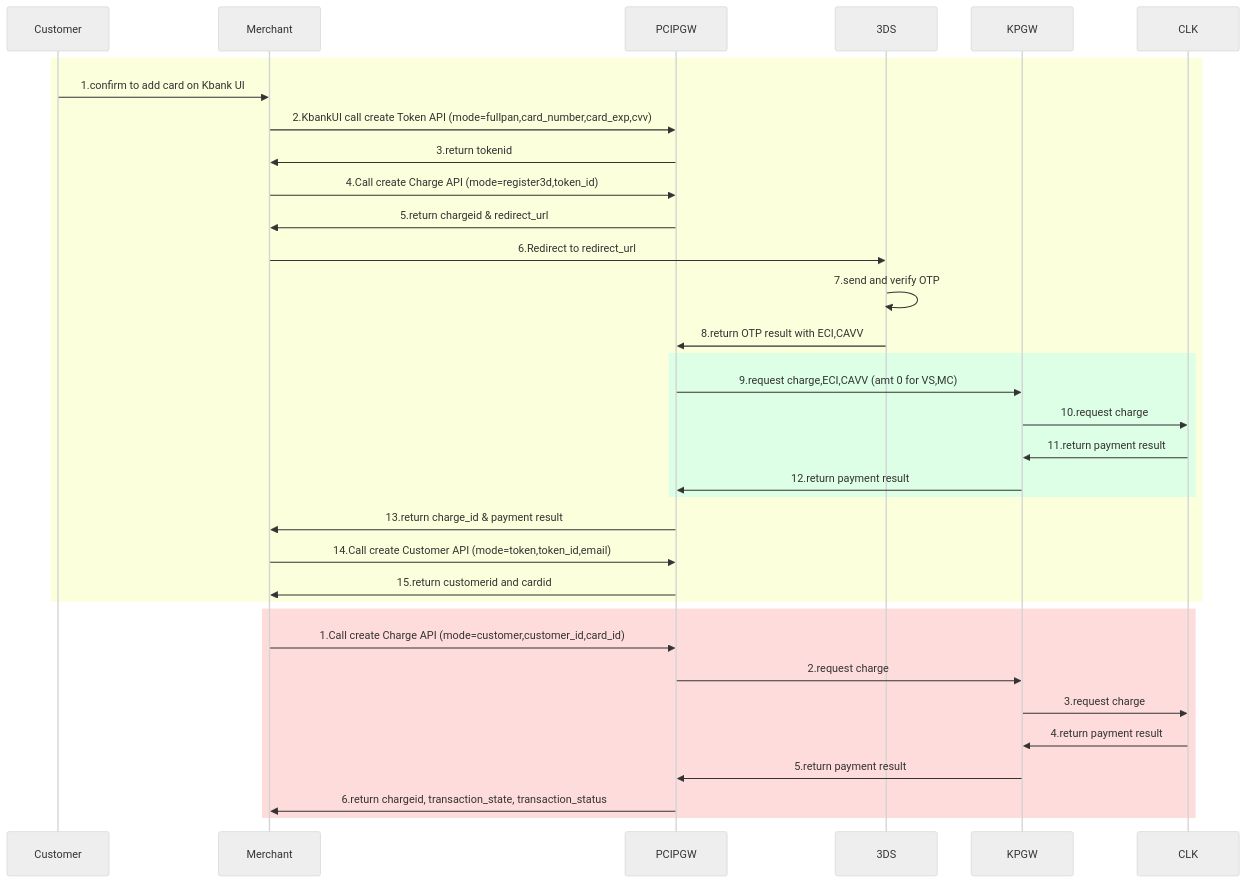
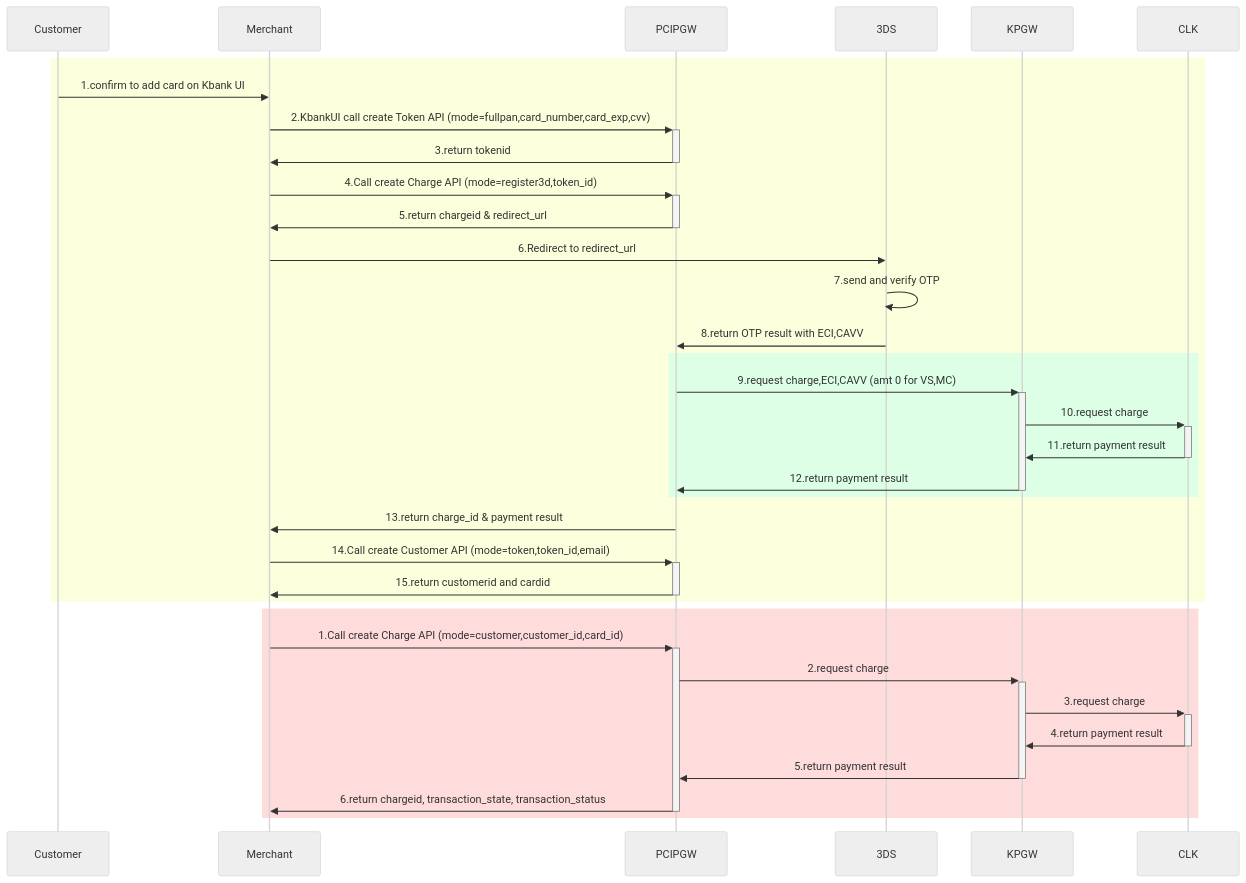
One commit to yuusuke25/MyNotes changed the third of 6 diagrams in Cybs-Ph2-Flow1.md. Above: the diagram before and after it, drawn with Mermaid (neutral theme). The commit also changed other lines of this file, not shown here.

````diff
--- a/Cybs-Ph2-Flow1.md
+++ b/Cybs-Ph2-Flow1.md
@@ -78,36 +78,36 @@
 ```mermaid
     sequenceDiagram
         rect rgb(252, 255, 220)
             Customer->>Merchant:1.confirm to add card on Kbank UI
-            Merchant->>PCIPGW:2.KbankUI call create Token API (mode=fullpan,card_number,card_exp,cvv)
-            PCIPGW->>Merchant:3.return tokenid
+            Merchant->>+PCIPGW:2.KbankUI call create Token API (mode=fullpan,card_number,card_exp,cvv)
+            PCIPGW->>-Merchant:3.return tokenid
 
-            Merchant->>PCIPGW:4.Call create Charge API (mode=register3d,token_id)
-            PCIPGW->>Merchant:5.return chargeid & redirect_url
+            Merchant->>+PCIPGW:4.Call create Charge API (mode=register3d,token_id)
+            PCIPGW->>-Merchant:5.return chargeid & redirect_url
 
             Merchant->>3DS:6.Redirect to redirect_url
             3DS->>3DS:7.send and verify OTP
             3DS->>PCIPGW:8.return OTP result with ECI,CAVV
 
             rect rgb(220, 255, 229)
-                PCIPGW->>KPGW:9.request charge,ECI,CAVV (amt 0 for VS,MC)
-                KPGW->>CLK:10.request charge
-                CLK->>KPGW:11.return payment result
-                KPGW->>PCIPGW:12.return payment result
+                PCIPGW->>+KPGW:9.request charge,ECI,CAVV (amt 0 for VS,MC)
+                KPGW->>+CLK:10.request charge
+                CLK->>-KPGW:11.return payment result
+                KPGW->>-PCIPGW:12.return payment result
             end
 
             PCIPGW->>Merchant:13.return charge_id & payment result
 
-            Merchant->>PCIPGW:14.Call create Customer API (mode=token,token_id,email)
-            PCIPGW->>Merchant:15.return customerid and cardid
+            Merchant->>+PCIPGW:14.Call create Customer API (mode=token,token_id,email)
+            PCIPGW->>-Merchant:15.return customerid and cardid
         end
         
         rect rgb(255, 220, 220)
-            Merchant->>PCIPGW:1.Call create Charge API (mode=customer,customer_id,card_id)
-                PCIPGW->>KPGW:2.request charge
-                KPGW->>CLK:3.request charge
-                CLK->>KPGW:4.return payment result
-                KPGW->>PCIPGW:5.return payment result
-            PCIPGW->>Merchant:6.return chargeid, transaction_state, transaction_status
+            Merchant->>+PCIPGW:1.Call create Charge API (mode=customer,customer_id,card_id)
+                PCIPGW->>+KPGW:2.request charge
+                KPGW->>+CLK:3.request charge
+                CLK->>-KPGW:4.return payment result
+                KPGW->>-PCIPGW:5.return payment result
+            PCIPGW->>-Merchant:6.return chargeid, transaction_state, transaction_status
         end
 ```
````
